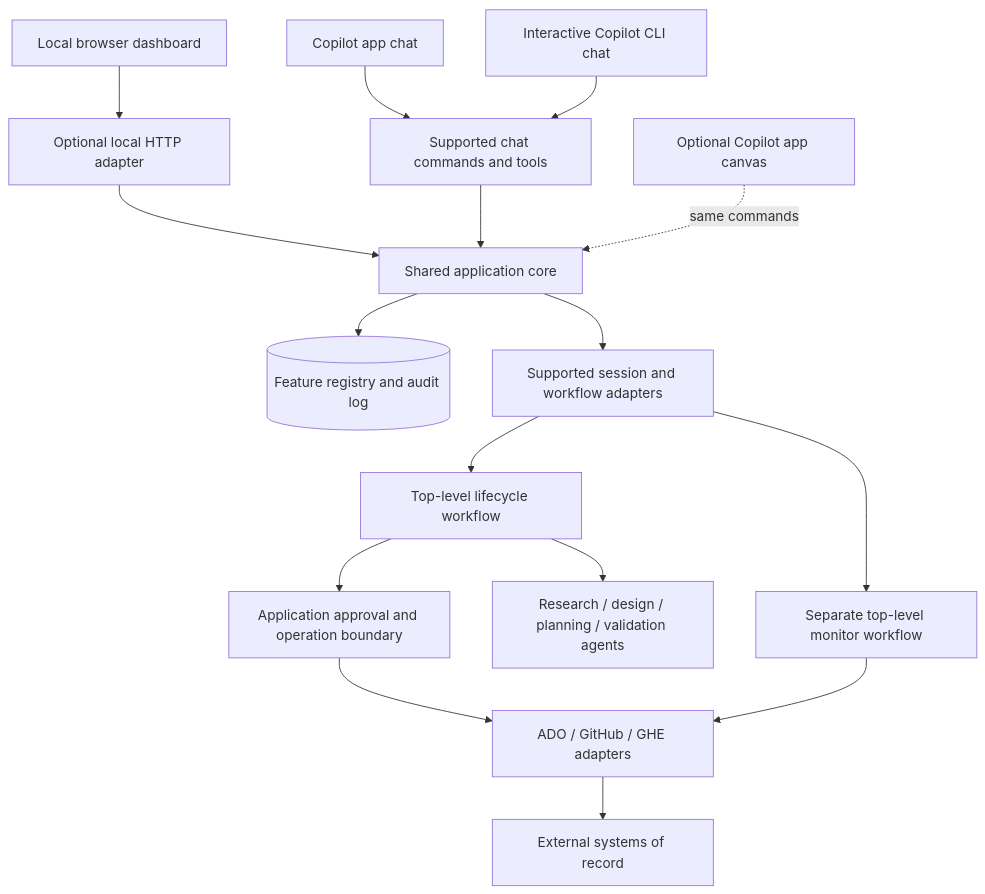
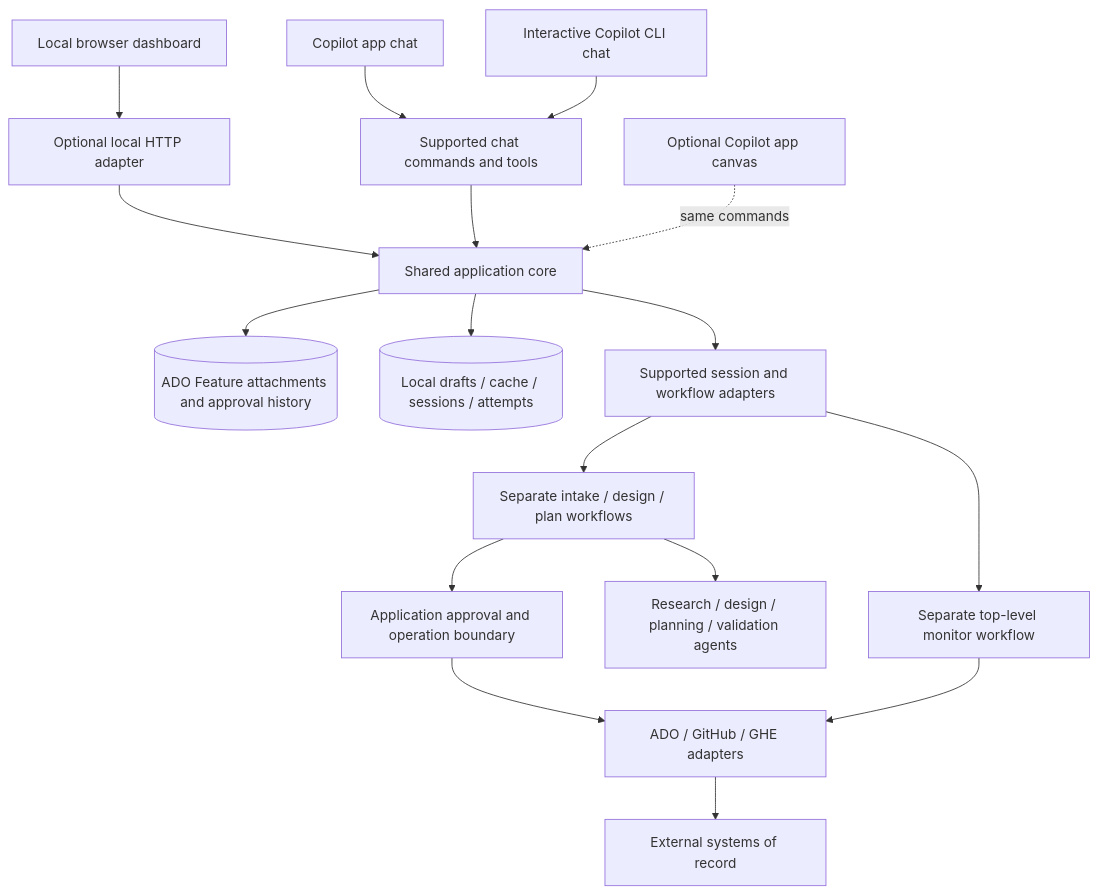
One commit to AzureAD/android-complete changed the diagram in docs/software-factory-implementation-plan.md. Above: the diagram before and after it, drawn with Mermaid. The commit also changed other lines of this file and 57 other files, not shown here.

First line of the commit message:
Align Software Factory with ADO team authority and stage workflows

````diff
--- a/docs/software-factory-implementation-plan.md
+++ b/docs/software-factory-implementation-plan.md
@@ -299,18 +307,19 @@
 ```mermaid
 flowchart TD
     UI[Local browser dashboard] --> HTTP[Optional local HTTP adapter]
     AppChat[Copilot app chat] --> Chat[Supported chat commands and tools]
     CLIChat[Interactive Copilot CLI chat] --> Chat
     HTTP --> Core[Shared application core]
     Chat --> Core
     Canvas[Optional Copilot app canvas] -. same commands .-> Core
-    Core --> Registry[(Feature registry and audit log)]
+    Core --> Registry[(ADO Feature attachments and approval history)]
+    Core --> Local[(Local drafts / cache / sessions / attempts)]
     Core --> Runner[Supported session and workflow adapters]
-    Runner --> Lifecycle[Top-level lifecycle workflow]
+    Runner --> Lifecycle[Separate intake / design / plan workflows]
     Runner --> Monitor[Separate top-level monitor workflow]
     Lifecycle --> Agents[Research / design / planning / validation agents]
     Lifecycle --> Gate[Application approval and operation boundary]
     Gate --> Integrations[ADO / GitHub / GHE adapters]
     Monitor --> Integrations
     Integrations --> Providers[External systems of record]
 ```
````
